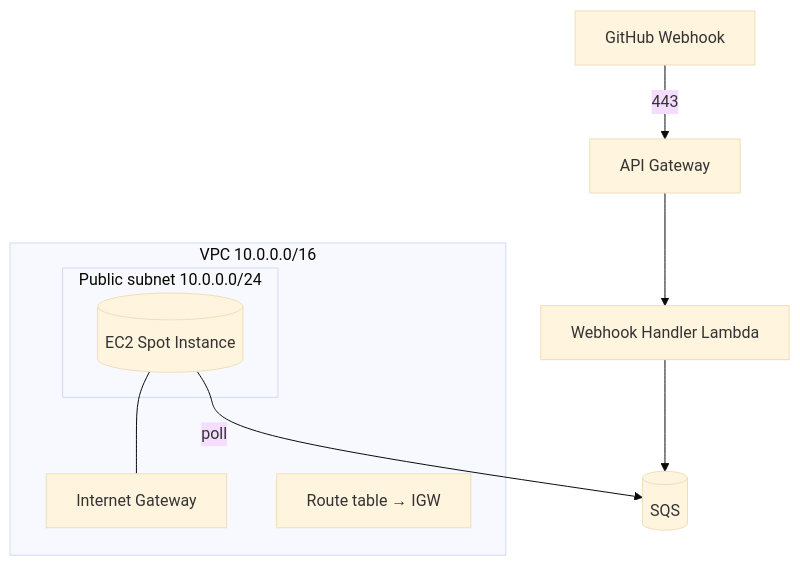
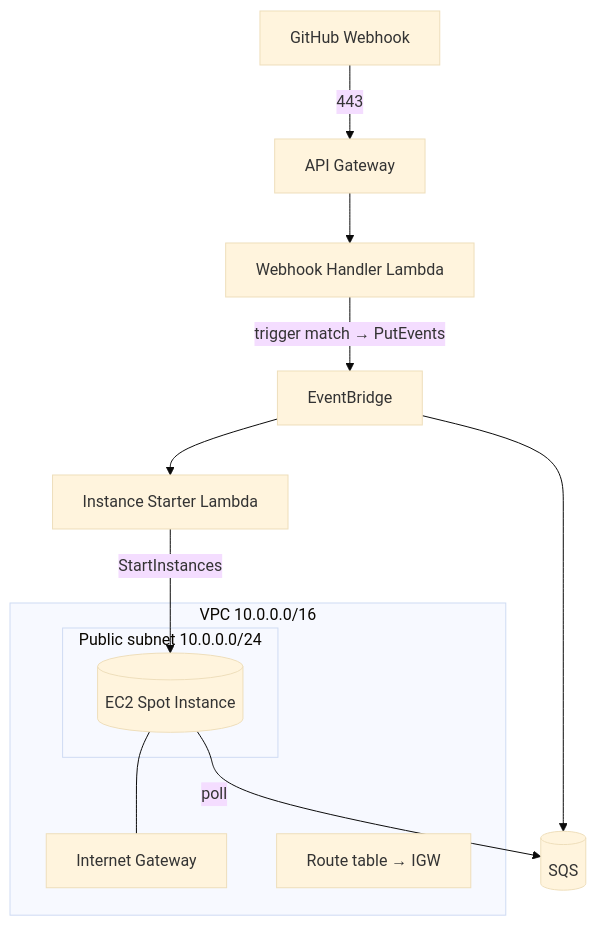
Before and after one commit to teddynted/ai-github-repository-blog-generator: the diagram in docs/infrastructure.md, drawn with Mermaid (base theme). The commit also changed other lines of this file and 12 other files, not shown here.

````diff
--- a/docs/infrastructure.md
+++ b/docs/infrastructure.md
@@ -29,15 +29,18 @@
 ```mermaid
 flowchart TB
     GH[GitHub Webhook] -->|443| APIGW[API Gateway]
     APIGW --> LH[Webhook Handler Lambda]
-    LH --> SQS[(SQS)]
+    LH -->|trigger match → PutEvents| EB[EventBridge]
+    EB --> SQS[(SQS)]
+    EB --> ST[Instance Starter Lambda]
     subgraph VPC["VPC 10.0.0.0/16"]
         IGW[Internet Gateway]
         subgraph PUB["Public subnet 10.0.0.0/24"]
             EC2[(EC2 Spot Instance)]
         end
         RT[Route table → IGW]
     end
+    ST -->|StartInstances| EC2
     EC2 --- IGW
     EC2 -->|poll| SQS
 ```
````
